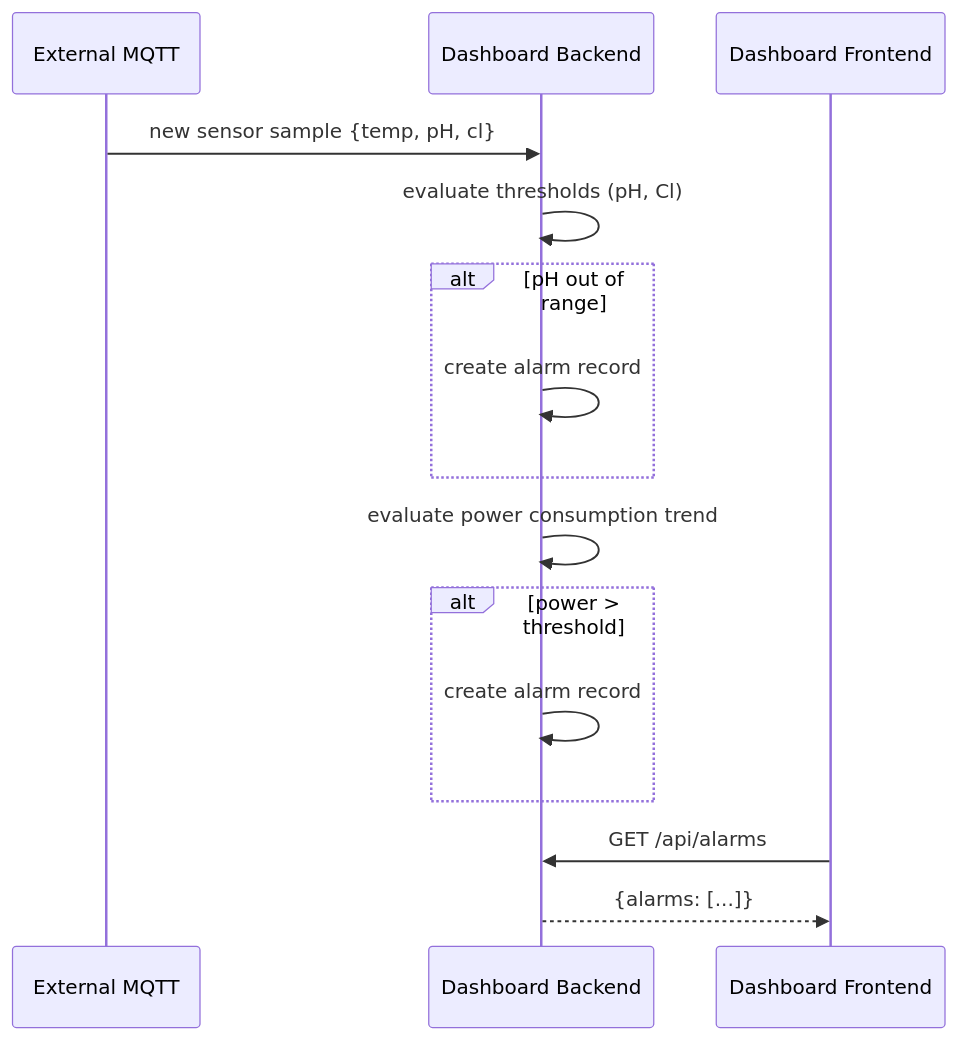
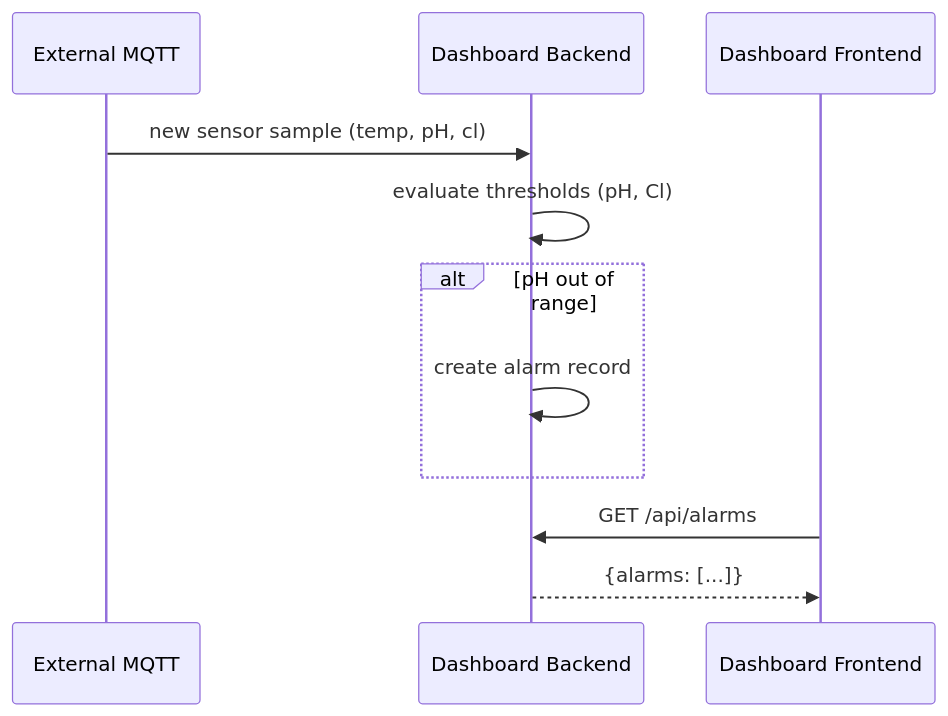
Before and after one commit to the-real-orca/Pool-Monitoring-WebApp: the seventh of 9 diagrams in Dashboard/docs/Pool-Dashboard - Functional Specification (FSD).md, drawn with Mermaid. The commit also changed other lines of this file and 10 other files, not shown here.

Commit message:
doc: update data flow

````diff
--- a/Dashboard/docs/Pool-Dashboard - Functional Specification (FSD).md
+++ b/Dashboard/docs/Pool-Dashboard - Functional Specification (FSD).md
@@ -177,18 +164,14 @@
 ```mermaid
 sequenceDiagram
     participant MQTT as External MQTT
     participant DB as Dashboard Backend
     participant FE as Dashboard Frontend
 
-    MQTT->>DB: new sensor sample {temp, pH, cl}
+    MQTT->>DB: new sensor sample (temp, pH, cl)
     DB->>DB: evaluate thresholds (pH, Cl)
     alt pH out of range
-        DB->>DB: create alarm record
-    end
-    DB->>DB: evaluate power consumption trend
-    alt power > threshold
         DB->>DB: create alarm record
     end
     FE->>DB: GET /api/alarms
     DB-->>FE: {alarms: [...]}
 ```
````
